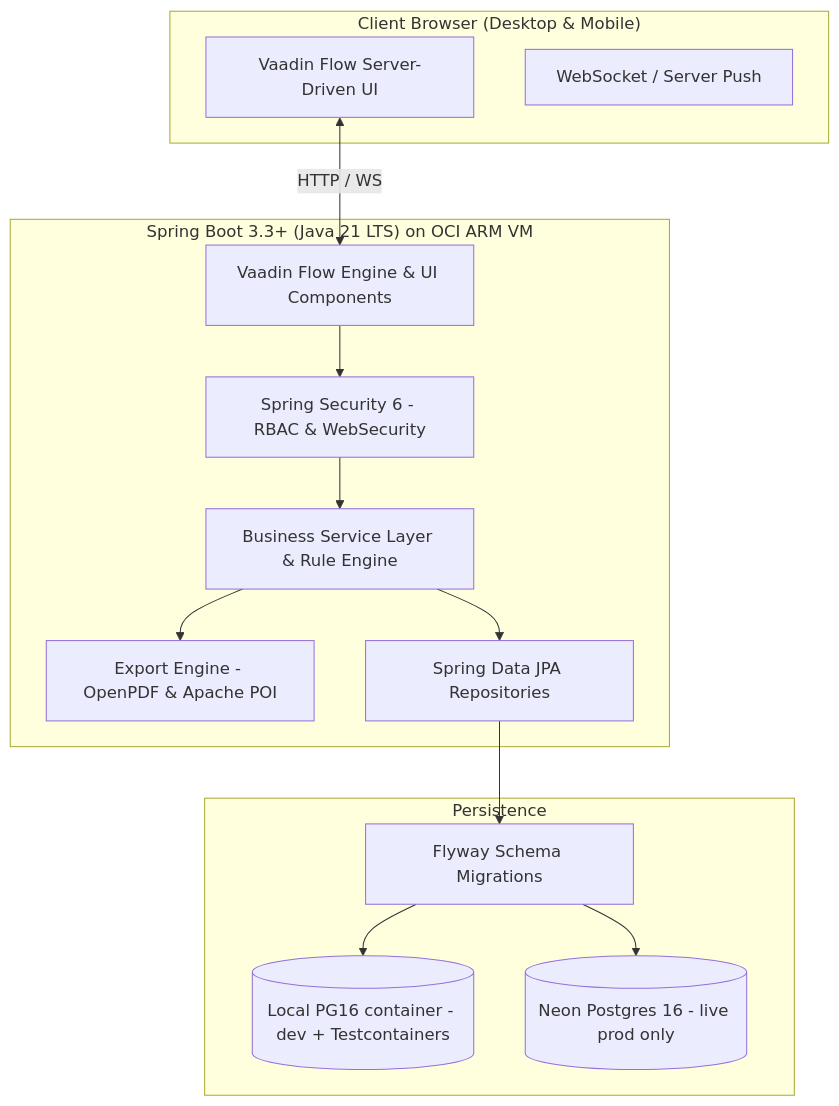
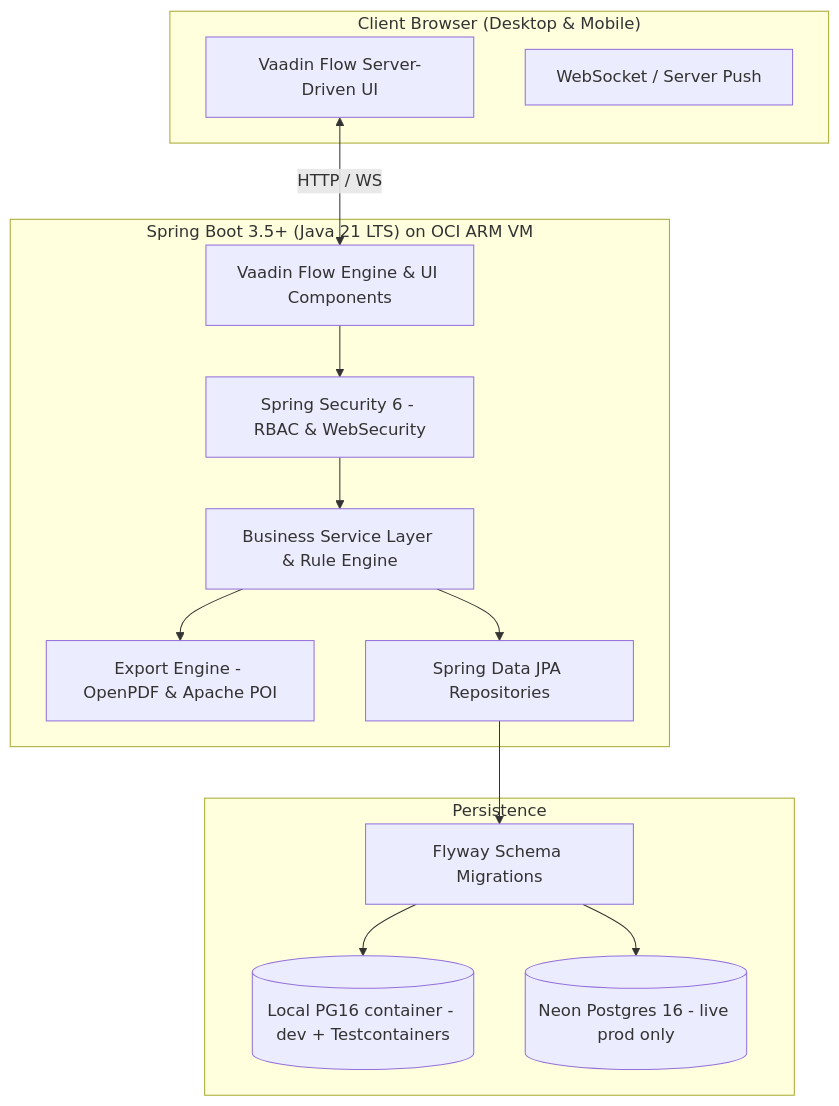
One commit to BachiDev/shiftworkr changed the first of 3 diagrams in PLAN.md. Above: the diagram before and after it, drawn with Mermaid. The commit also changed other lines of this file and 1 other file, not shown here.

First line of the commit message:
chore(deps): Spring Boot 3.5.16 + Vaadin 24.8.17 (3.3.x is EOL)

````diff
--- a/PLAN.md
+++ b/PLAN.md
@@ -70,30 +70,30 @@
 ```mermaid
 flowchart TD
     subgraph Client ["Client Browser (Desktop & Mobile)"]
         UI[Vaadin Flow Server-Driven UI]
         WS[WebSocket / Server Push]
     end
 
-    subgraph Server ["Spring Boot 3.3+ (Java 21 LTS) on OCI ARM VM"]
+    subgraph Server ["Spring Boot 3.5+ (Java 21 LTS) on OCI ARM VM"]
         SEC[Spring Security 6 - RBAC & WebSecurity]
         VAADIN[Vaadin Flow Engine & UI Components]
         SVC[Business Service Layer & Rule Engine]
         EXP[Export Engine - OpenPDF & Apache POI]
         REPO[Spring Data JPA Repositories]
     end
 
     subgraph Data ["Persistence"]
         FLYWAY[Flyway Schema Migrations]
         PGLOCAL[(Local PG16 container - dev + Testcontainers)]
         NEON[(Neon Postgres 16 - live prod only)]
     end
 
     UI <-->|HTTP / WS| VAADIN
     VAADIN --> SEC
     SEC --> SVC
     SVC --> REPO
     SVC --> EXP
     REPO --> FLYWAY
     FLYWAY --> PGLOCAL
     FLYWAY --> NEON
 ```
````
